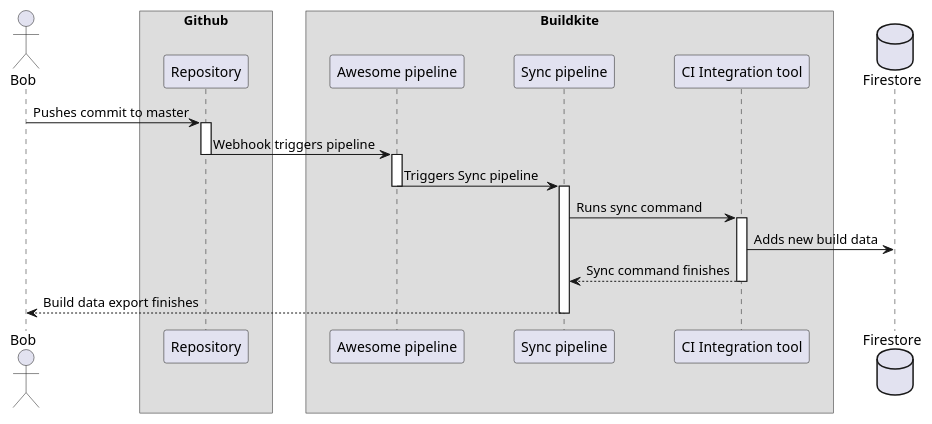
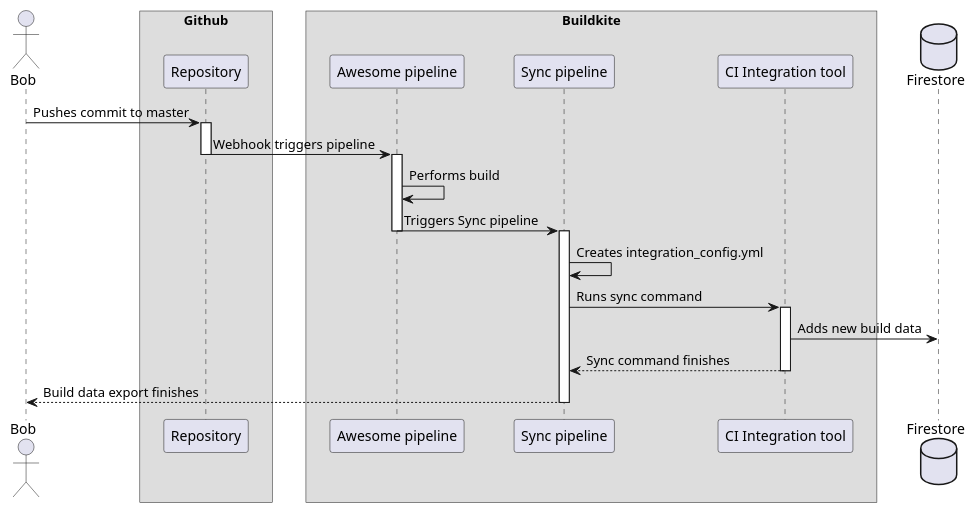
The diagram in docs/diagrams/buildkite_sync_sequence_diagram.puml (Flank/flank-dashboard), drawn with PlantUML before and after one commit.

Commit message:
Add more details to sequence diagram

```diff
--- a/docs/diagrams/buildkite_sync_sequence_diagram.puml
+++ b/docs/diagrams/buildkite_sync_sequence_diagram.puml
@@ -1,40 +1,42 @@
 @startuml buildkite_sequence_diagram
     skinparam ParticipantPadding 20
     skinparam BoxPadding 10
 
     actor Bob
 
     box Github
         participant Repository
     endbox
 
     box Buildkite
         participant "Awesome pipeline"
         participant "Sync pipeline"
         participant "CI Integration tool"
     endbox
 
     database "Firestore" as FS
 
     Bob -> Repository : Pushes commit to master
     activate Repository
 
     Repository -> "Awesome pipeline" : Webhook triggers pipeline
     deactivate Repository
     activate "Awesome pipeline"
 
+    "Awesome pipeline" -> "Awesome pipeline" : Performs build
     "Awesome pipeline" -> "Sync pipeline" : Triggers Sync pipeline
     deactivate "Awesome pipeline"
     activate "Sync pipeline"
 
+    "Sync pipeline" -> "Sync pipeline" : Creates integration_config.yml
     "Sync pipeline" -> "CI Integration tool" : Runs sync command
     activate "CI Integration tool"
 
     "CI Integration tool" -> FS : Adds new build data
 
     "CI Integration tool" --> "Sync pipeline" : Sync command finishes
     deactivate "CI Integration tool"
 
     "Sync pipeline" --> Bob : Build data export finishes
     deactivate "Sync pipeline"
 @enduml
```
